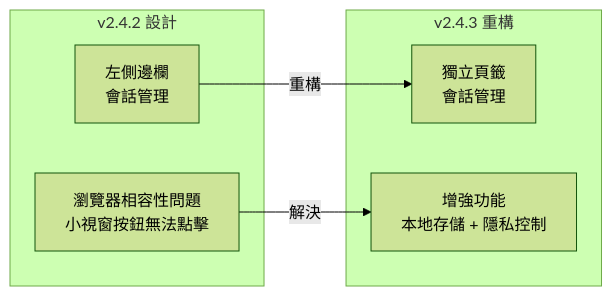
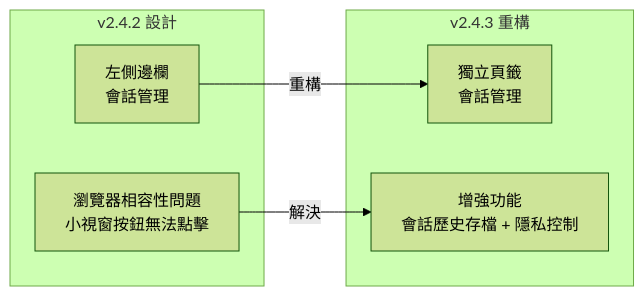
The fifth of 8 diagrams in docs/architecture/system-overview.md (CloudEngineHub/mcp-feedback-enhanced), drawn with Mermaid (forest theme) before and after one commit. The commit also changed other lines of this file, not shown here.

````diff
--- a/docs/architecture/system-overview.md
+++ b/docs/architecture/system-overview.md
@@ -411,15 +409,15 @@
 ```mermaid
 graph LR
     subgraph "v2.4.2 設計"
         SIDEBAR[左側邊欄<br/>會話管理]
         COMPAT[瀏覽器相容性問題<br/>小視窗按鈕無法點擊]
     end
 
     subgraph "v2.4.3 重構"
         TAB[獨立頁籤<br/>會話管理]
-        ENHANCED[增強功能<br/>本地存儲 + 隱私控制]
+        ENHANCED[增強功能<br/>會話歷史存檔 + 隱私控制]
     end
 
     SIDEBAR -->|重構| TAB
     COMPAT -->|解決| ENHANCED
 ```
````
